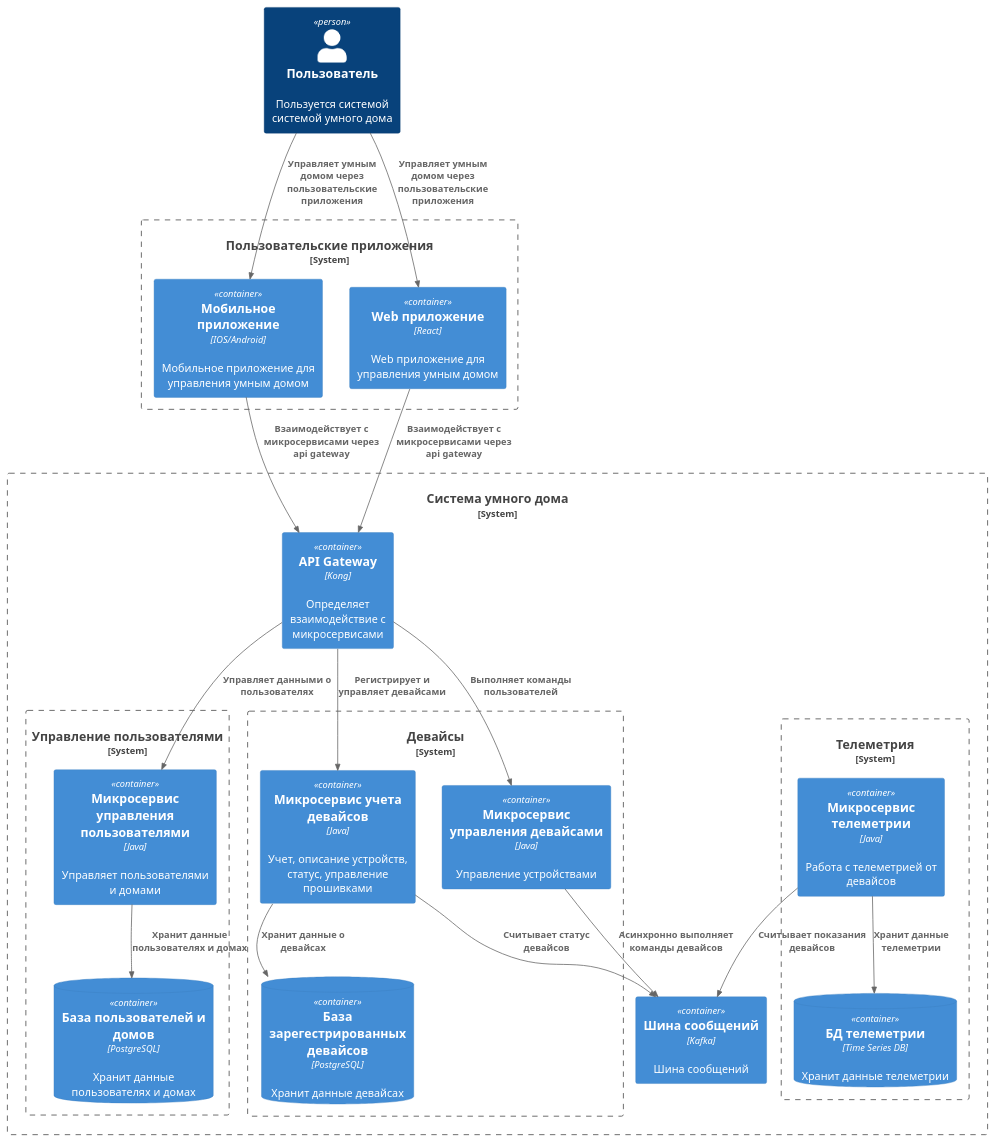
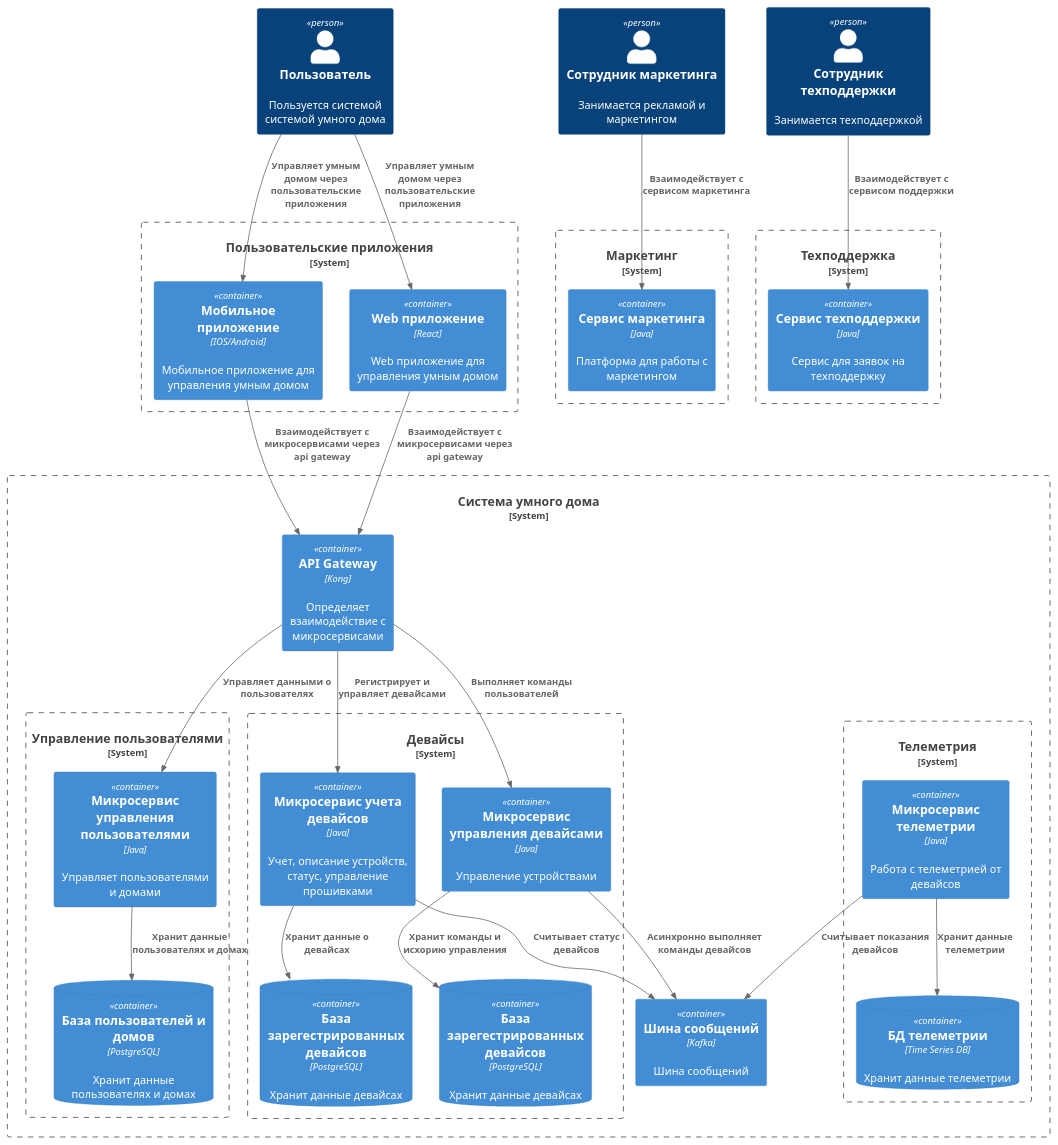
Before and after one commit to bogdan-r/practicum_architechture_sprint3: the diagram in diagrams/containers/Container.puml, drawn with PlantUML. The commit also changed 8 other files, not shown here.

Commit message:
feat (sprint3) | add diagrams

```diff
--- a/diagrams/containers/Container.puml
+++ b/diagrams/containers/Container.puml
@@ -1,61 +1,72 @@
 @startuml
 !includeurl https://raw.githubusercontent.com/plantuml-stdlib/C4-PlantUML/master/C4_Container.puml
 
 LAYOUT_TOP_DOWN()
 
 
-' Внешние участники
 Person(user, "Пользователь", "Пользуется системой системой умного дома")
-
+Person(marketingManager, "Сотрудник маркетинга", "Занимается рекламой и маркетингом")
+Person(supportManager, "Сотрудник техподдержки", "Занимается техподдержкой")
 
 System_Boundary(SmartHouseUIApplication, "Пользовательские приложения") {
     Container(MobileApplication, "Мобильное приложение", "IOS/Android", "Мобильное приложение для управления умным домом")
     Container(WebApplication, "Web приложение", "React", "Web приложение для управления умным домом")
 }
 
 System_Boundary(SmartHouse, "Система умного дома") {
 
     Container(ApiGateway, "API Gateway", "Kong", "Определяет взаимодействие с микросервисами")
     Container(Kafka, "Шина сообщений", "Kafka", "Шина сообщений")
     
     System_Boundary(UserManagement, "Управление пользователями") {
         Container(UserManagementService, "Микросервис управления пользователями", "Java", "Управляет пользователями и домами")
 
         ContainerDb(userDb, "База пользователей и домов", "PostgreSQL", "Хранит данные пользователях и домах")
     }
 
     System_Boundary(Devices, "Девайсы") {
         Container(DeviceManagementService, "Микросервис учета девайсов", "Java", "Учет, описание устройств, статус, управление прошивками")
         Container(DeviceControlService, "Микросервис управления девайсами", "Java", "Управление устройствами")
 
         ContainerDb(devicesDb, "База зарегестрированных девайсов", "PostgreSQL", "Хранит данные девайсах")
-        ' ContainerDb(deviceControlDb, "База состояний ", "PostgreSQL", "Хранит данные девайсах")
+        ContainerDb(devicesControlDb, "База зарегестрированных девайсов", "PostgreSQL", "Хранит данные девайсах")
     }
 
     System_Boundary(Telemetry, "Телеметрия") {
         Container(TelemetryService, "Микросервис телеметрии", "Java", "Работа с телеметрией от девайсов")
         ContainerDb(telemetryDb, "БД телеметрии", "Time Series DB", "Хранит данные телеметрии")
     }
 }
 
-' Взаимодействия
+System_Boundary(Marketing, "Маркетинг") {
+    Container(MarkentingService, "Сервис маркетинга", "Java", "Платформа для работы с маркетингом")
+}
+
+System_Boundary(Support, "Техподдержка") {
+    Container(SupportService, "Сервис техподдержки", "Java", "Сервис для заявок на техподдержку")
+}
+
 Rel(user, MobileApplication, "Управляет умным домом через пользовательские приложения")
 Rel(user, WebApplication, "Управляет умным домом через пользовательские приложения")
+
+Rel(marketingManager, MarkentingService, "Взаимодействует с сервисом маркетинга")
+Rel(supportManager, SupportService, "Взаимодействует с сервисом поддержки")
 
 Rel(MobileApplication, ApiGateway, "Взаимодействует с микросервисами через api gateway")
 Rel(WebApplication, ApiGateway, "Взаимодействует с микросервисами через api gateway")
 
 Rel(DeviceManagementService, devicesDb, "Хранит данные о девайсах")
 Rel(UserManagementService, userDb, "Хранит данные пользователях и домах")
 Rel(TelemetryService, telemetryDb, "Хранит данные телеметрии")
+Rel(DeviceControlService, devicesControlDb, "Хранит команды и исхорию управления")
 
 Rel(ApiGateway, UserManagementService, "Управляет данными о пользователях")
 Rel(ApiGateway, DeviceManagementService, "Регистрирует и управляет девайсами")
 Rel(ApiGateway, DeviceControlService, "Выполняет команды пользователей")
 
 
 Rel(TelemetryService, Kafka, "Считывает показания девайсов")
 Rel(DeviceControlService, Kafka, "Асинхронно выполняет команды девайсов")
 Rel(DeviceManagementService, Kafka,  "Считывает статус девайсов")
 
 @enduml
```
